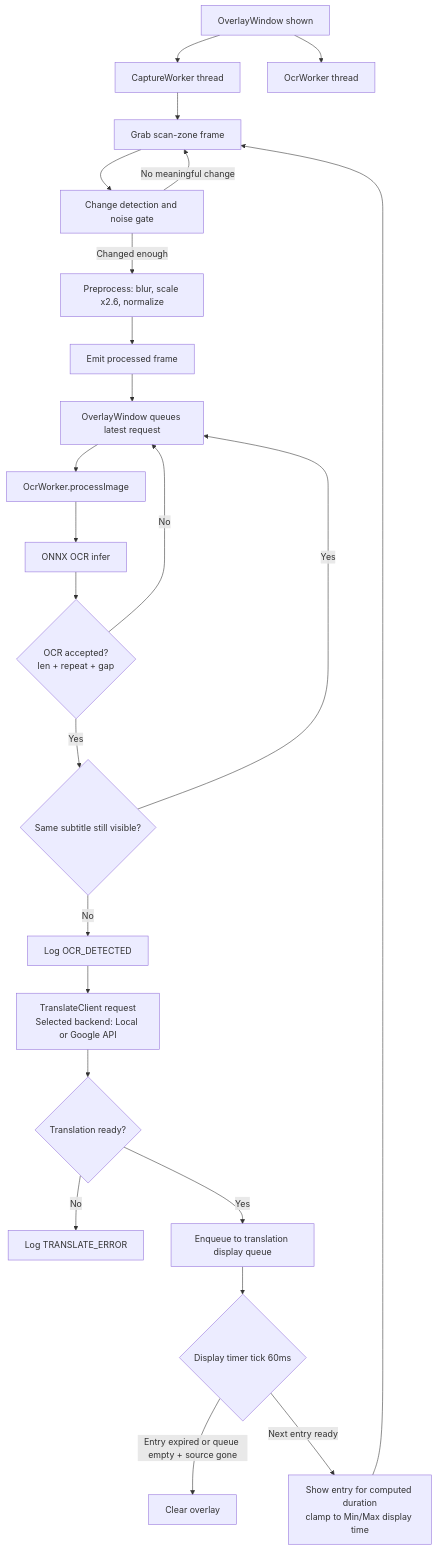
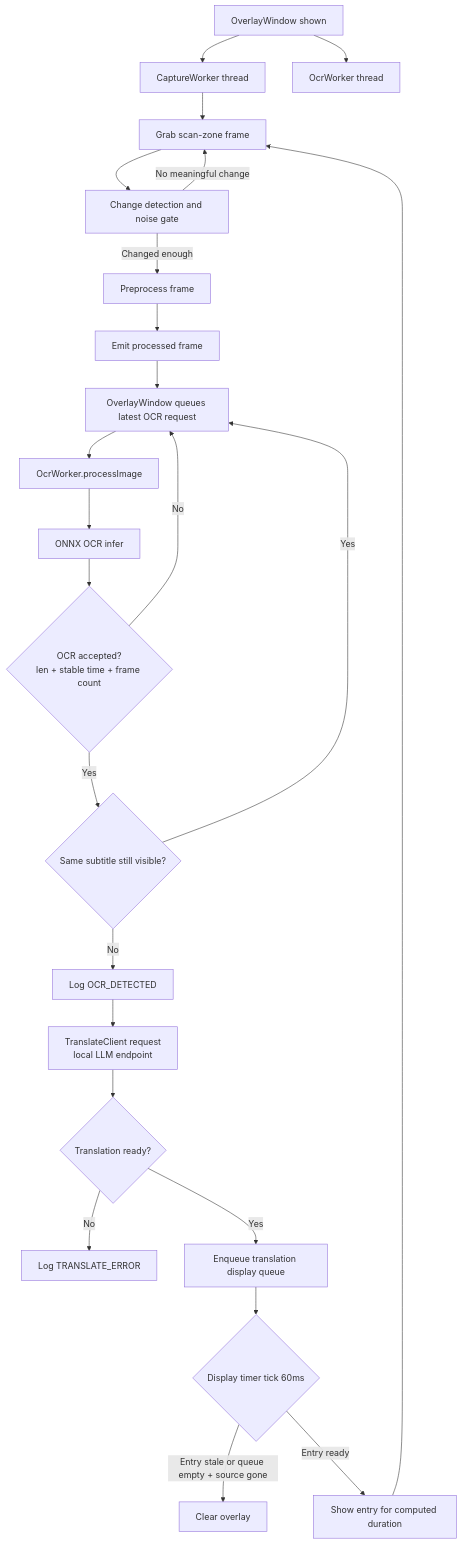
The second of 2 diagrams in README.md (ngoctruongns/screen_sub_translate), drawn with Mermaid before and after one commit. The commit also changed other lines of this file and 9 other files, not shown here.

Commit message:
Remove google translate backend and select Noise profile of OCR

````diff
--- a/README.md
+++ b/README.md
@@ -368,28 +333,28 @@
 ```mermaid
 flowchart TD
   A[OverlayWindow shown] --> B[CaptureWorker thread]
   A --> C[OcrWorker thread]
 
   B --> D[Grab scan-zone frame]
   D --> E[Change detection and noise gate]
   E -->|No meaningful change| D
-  E -->|Changed enough| F[Preprocess: blur, scale x2.6, normalize]
+  E -->|Changed enough| F[Preprocess frame]
   F --> G[Emit processed frame]
 
-  G --> H[OverlayWindow queues latest request]
+  G --> H[OverlayWindow queues latest OCR request]
   H --> I[OcrWorker.processImage]
   I --> J[ONNX OCR infer]
-  J --> K{OCR accepted?\nlen + repeat + gap}
+  J --> K{OCR accepted?\nlen + stable time + frame count}
   K -->|No| H
   K -->|Yes| L{Same subtitle still visible?}
   L -->|Yes| H
   L -->|No| M[Log OCR_DETECTED]
-  M --> N[TranslateClient request\nSelected backend: Local or Google API]
+  M --> N[TranslateClient request\nlocal LLM endpoint]
   N --> O{Translation ready?}
   O -->|No| P[Log TRANSLATE_ERROR]
-  O -->|Yes| Q[Enqueue to translation display queue]
+  O -->|Yes| Q[Enqueue translation display queue]
   Q --> R{Display timer tick 60ms}
-  R -->|Entry expired or queue empty + source gone| S[Clear overlay]
-  R -->|Next entry ready| T[Show entry for computed duration\nclamp to Min/Max display time]
+  R -->|Entry stale or queue empty + source gone| S[Clear overlay]
+  R -->|Entry ready| T[Show entry for computed duration]
   T --> D
 ```
````
